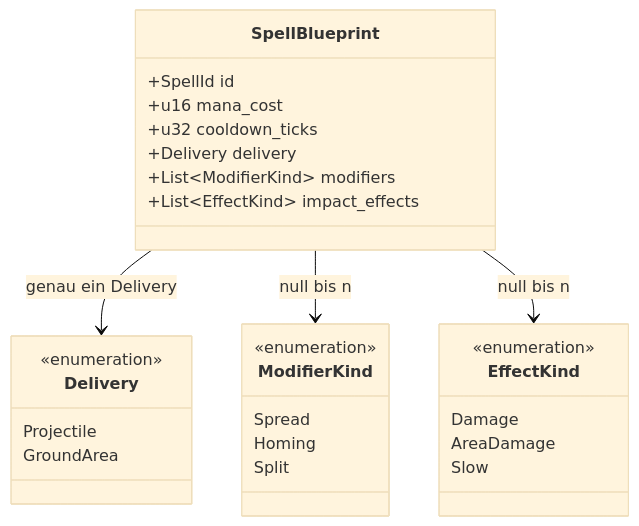
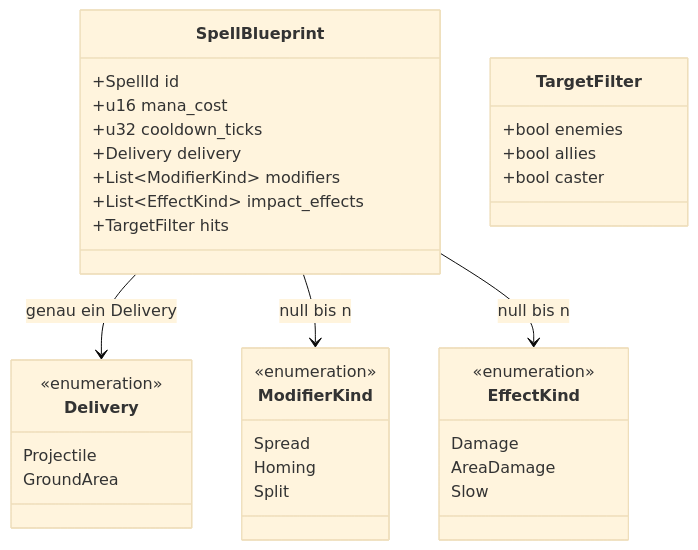
One commit to MagierSpieleSchmiede/mage-game changed the diagram in docs/architecture/zauber-datenmodell.md. Above: the diagram before and after it, drawn with Mermaid (base theme). The commit also changed other lines of this file and 28 other files, not shown here.

````diff
--- a/docs/architecture/zauber-datenmodell.md
+++ b/docs/architecture/zauber-datenmodell.md
@@ -8,31 +8,37 @@
 ```mermaid
 classDiagram
   class SpellBlueprint {
     +SpellId id
     +u16 mana_cost
     +u32 cooldown_ticks
     +Delivery delivery
     +List~ModifierKind~ modifiers
     +List~EffectKind~ impact_effects
+    +TargetFilter hits
+  }
+  class TargetFilter {
+    +bool enemies
+    +bool allies
+    +bool caster
   }
   class Delivery {
     <<enumeration>>
     Projectile
     GroundArea
   }
   class ModifierKind {
     <<enumeration>>
     Spread
     Homing
     Split
   }
   class EffectKind {
     <<enumeration>>
     Damage
     AreaDamage
     Slow
   }
   SpellBlueprint --> Delivery : genau ein Delivery
   SpellBlueprint --> ModifierKind : null bis n
   SpellBlueprint --> EffectKind : null bis n
 ```
````
